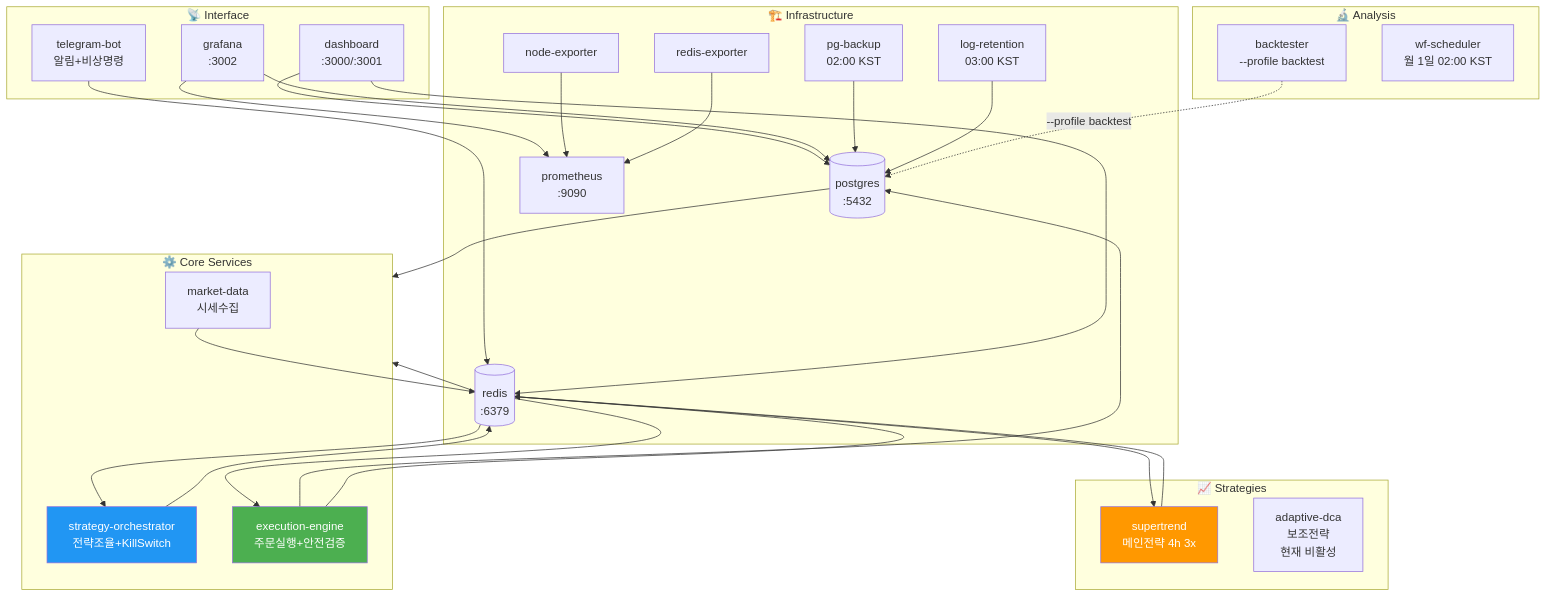
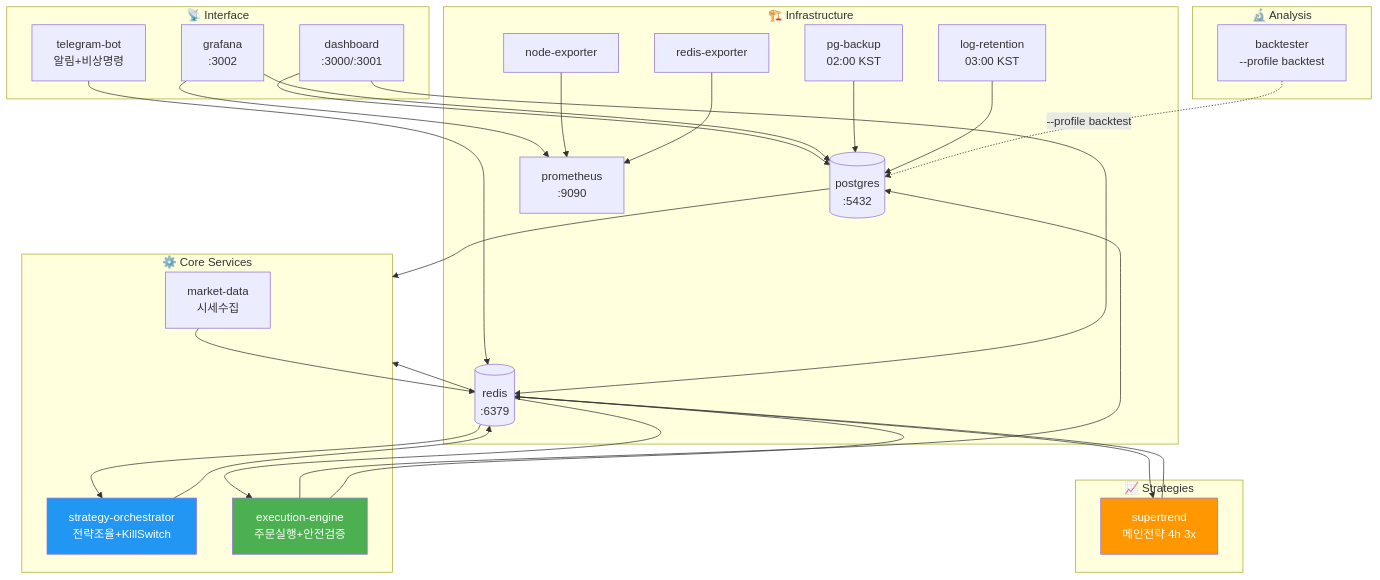
The first of 3 diagrams in docs/structure/services.md (Justant-source/Bit-Mania), drawn with Mermaid before and after one commit. The commit also changed other lines of this file and 34 other files, not shown here.

````diff
--- a/docs/structure/services.md
+++ b/docs/structure/services.md
@@ -20,54 +20,52 @@
 ```mermaid
 graph TD
     subgraph infra["🏗️ Infrastructure"]
         PG[(postgres\n:5432)]
         RD[(redis\n:6379)]
         PROM[prometheus\n:9090]
         NE[node-exporter]
         RE[redis-exporter]
         PGB[pg-backup\n02:00 KST]
         LR[log-retention\n03:00 KST]
     end
 
     subgraph core["⚙️ Core Services"]
         MD[market-data\n시세수집]
         ORC[strategy-orchestrator\n전략조율+KillSwitch]
         ENG[execution-engine\n주문실행+안전검증]
     end
 
     subgraph strat["📈 Strategies"]
         ST[supertrend\n메인전략 4h 3x]
-        DCA[adaptive-dca\n보조전략\n현재 비활성]
     end
 
 
     subgraph iface["📡 Interface"]
         TG[telegram-bot\n알림+비상명령]
         DASH[dashboard\n:3000/:3001]
         GF[grafana\n:3002]
     end
 
     subgraph analysis["🔬 Analysis"]
         BT[backtester\n--profile backtest]
-        WF[wf-scheduler\n월 1일 02:00 KST]
     end
 
     PG & RD --> core
     MD --> RD
     RD --> ORC & ST
     ORC --> RD
     ST --> RD
     RD --> ENG
     ENG --> PG & RD
     TG --> RD
     DASH --> PG & RD
     GF --> PG & PROM
     NE & RE --> PROM
     PGB --> PG
     LR --> PG
     BT -.->|"--profile backtest"| PG
 
     style ST fill:#ff9800,color:#fff
     style ENG fill:#4caf50,color:#fff
     style ORC fill:#2196f3,color:#fff
 ```
````
